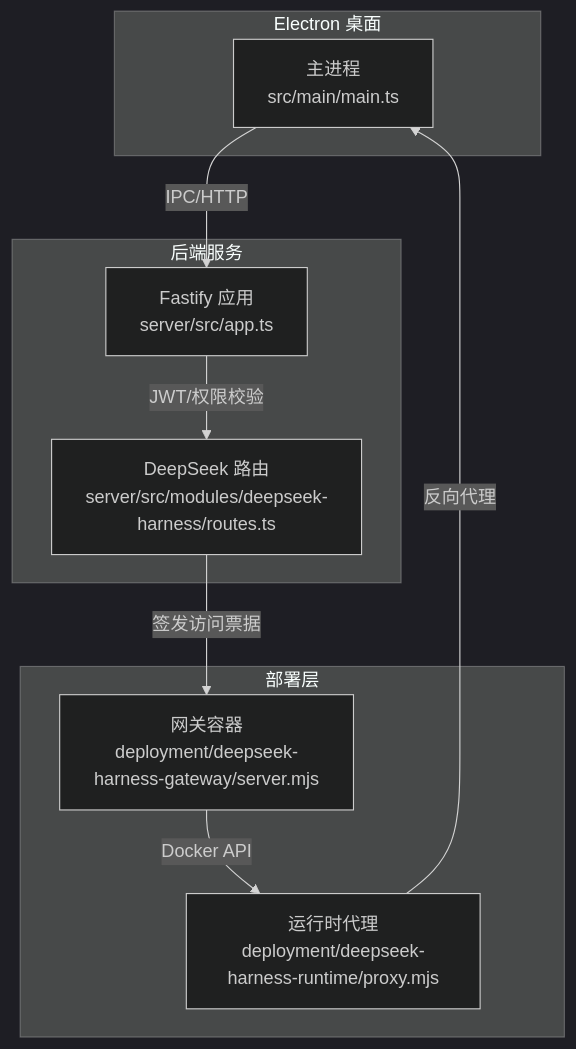
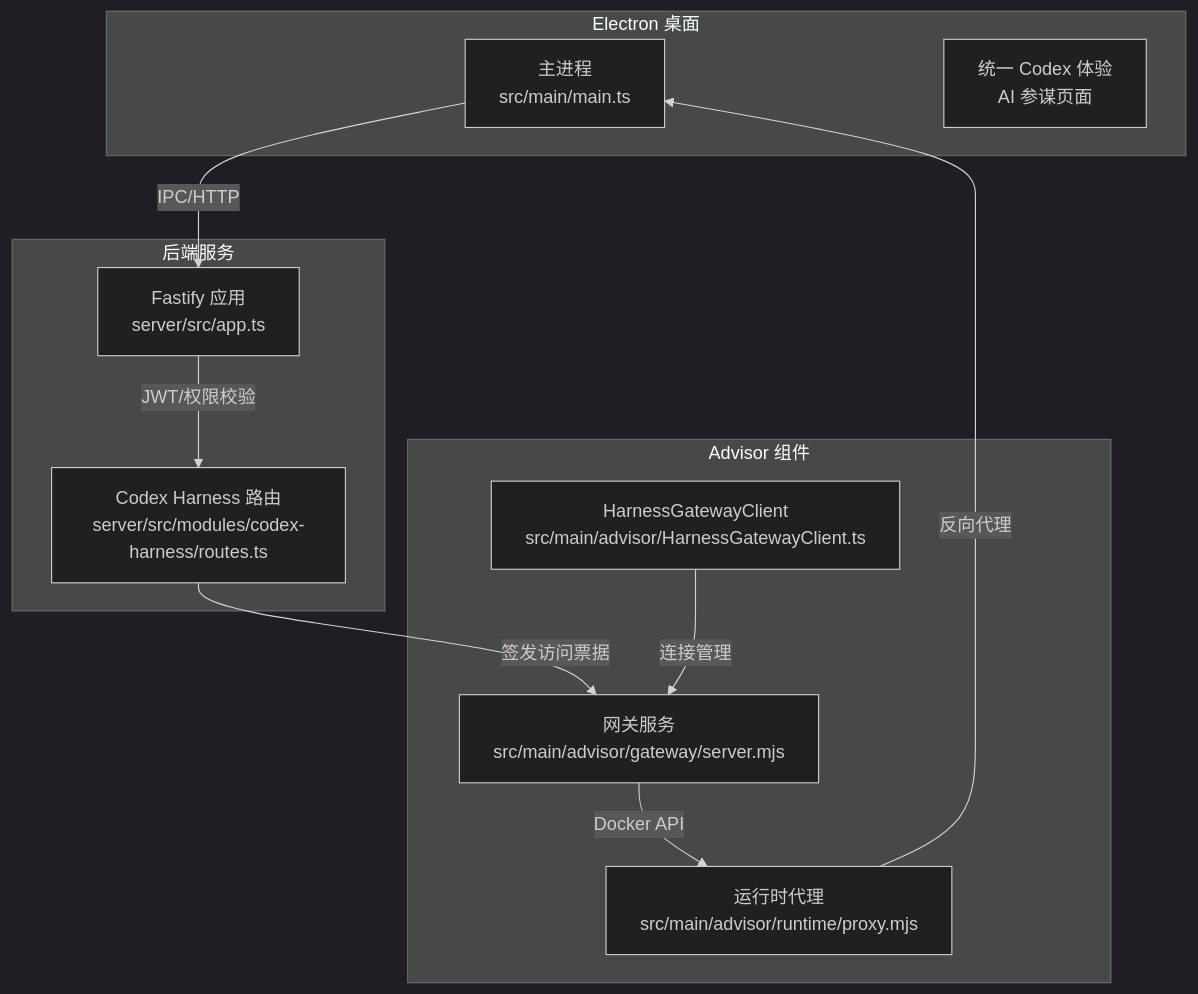
The first of 5 diagrams in .qoder/repowiki/zh/content/核心服务/DeepSeek Codex 集成架构.md (iljahofbauer219-lang/yandu), drawn with Mermaid (dark theme) before and after one commit. The commit also changed other lines of this file and 3071 other files, not shown here.

````diff
--- a/.qoder/repowiki/zh/content/核心服务/DeepSeek Codex 集成架构.md
+++ b/.qoder/repowiki/zh/content/核心服务/DeepSeek Codex 集成架构.md
@@ -47,19 +55,22 @@
 ```mermaid
 graph TB
 subgraph "Electron 桌面"
 Main["主进程<br/>src/main/main.ts"]
+Codex["统一 Codex 体验<br/>AI 参谋页面"]
 end
 subgraph "后端服务"
 App["Fastify 应用<br/>server/src/app.ts"]
-Routes["DeepSeek 路由<br/>server/src/modules/deepseek-harness/routes.ts"]
+Routes["Codex Harness 路由<br/>server/src/modules/codex-harness/routes.ts"]
 end
-subgraph "部署层"
-GW["网关容器<br/>deployment/deepseek-harness-gateway/server.mjs"]
-RT["运行时代理<br/>deployment/deepseek-harness-runtime/proxy.mjs"]
+subgraph "Advisor 组件"
+GW["网关服务<br/>src/main/advisor/gateway/server.mjs"]
+RT["运行时代理<br/>src/main/advisor/runtime/proxy.mjs"]
+HC["HarnessGatewayClient<br/>src/main/advisor/HarnessGatewayClient.ts"]
 end
 Main --> |IPC/HTTP| App
 App --> |JWT/权限校验| Routes
 Routes --> |签发访问票据| GW
 GW --> |Docker API| RT
 RT --> |反向代理| Main
+HC --> |连接管理| GW
 ```
````
